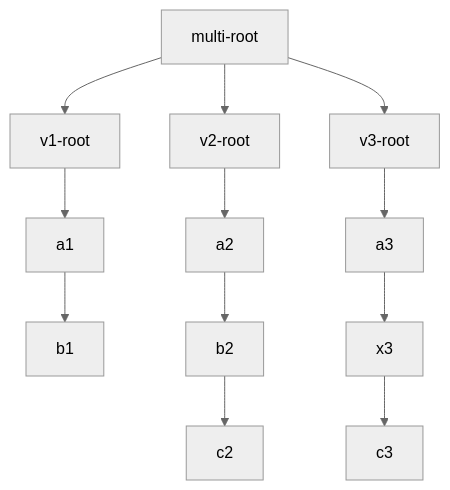
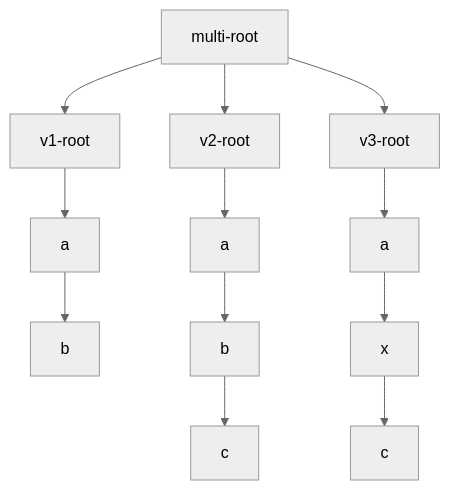
The second of 3 diagrams in export/export-tei.md (vedph/gve-doc), drawn with Mermaid (neutral theme) before and after one commit. The commit also changed other lines of this file and 2 other files, not shown here.

````diff
--- a/export/export-tei.md
+++ b/export/export-tei.md
@@ -46,18 +46,18 @@
 ```mermaid
 graph TB;
 
 multi-root --> v1-root
 multi-root --> v2-root
 multi-root --> v3-root
 
-v1-root --> a1
-a1 --> b1
+v1-root --> a1[a]
+a1 --> b1[b]
 
-v2-root --> a2
-a2 --> b2
-b2 --> c2
+v2-root --> a2[a]
+a2 --> b2[b]
+b2 --> c2[c]
 
-v3-root --> a3
-a3 --> x3
-x3 --> c3
+v3-root --> a3[a]
+a3 --> x3[x]
+x3 --> c3[c]
 ```
````
